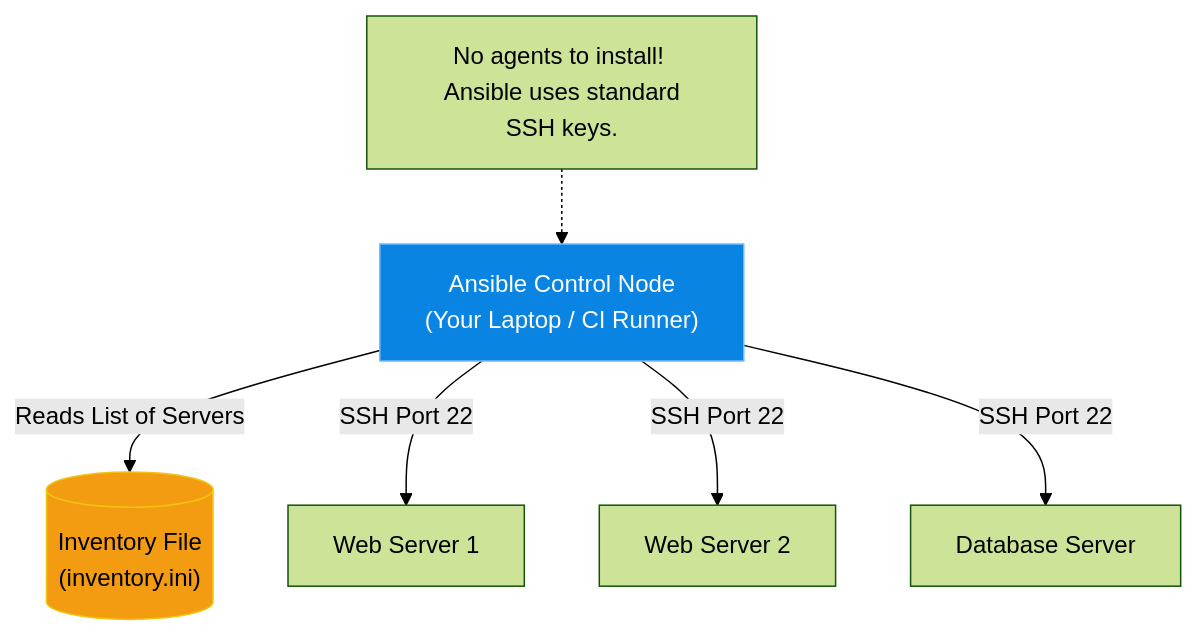
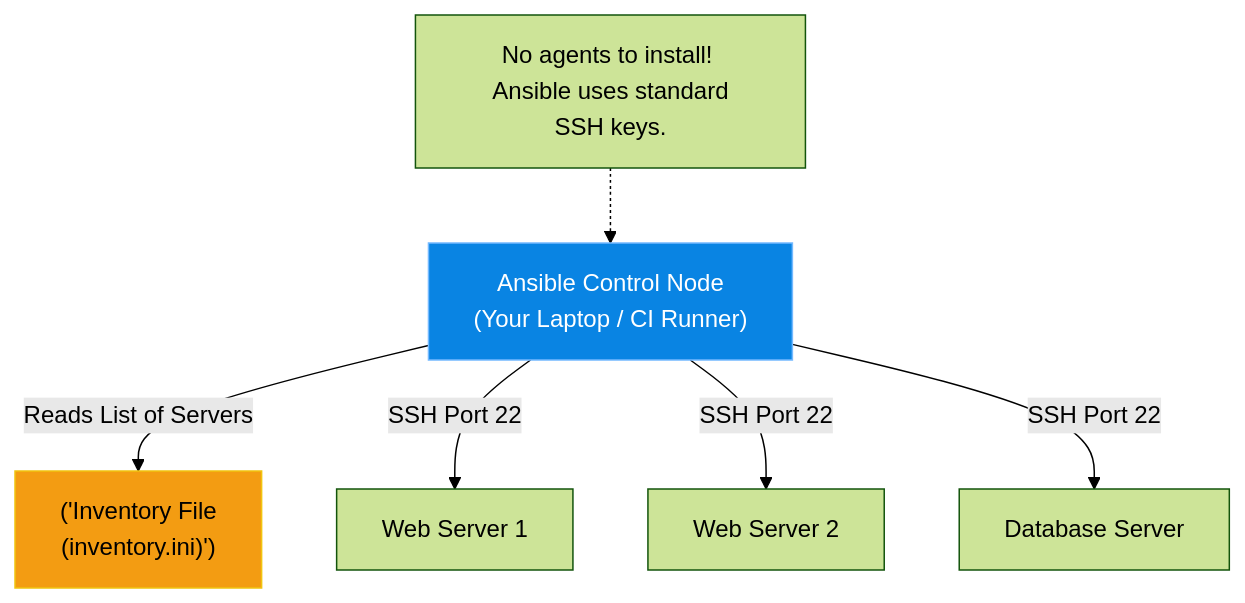
The diagram in volumes/volume-04-enterprise-infrastructure/chapters/V4-C08-ansible-intro.md (laxya911/linux-support-engineer-master-handbook), drawn with Mermaid (forest theme) before and after one commit. The commit also changed other lines of this file and 101 other files, not shown here.

Commit message:
Fix mermaid syntax across all chapters

````diff
--- a/volumes/volume-04-enterprise-infrastructure/chapters/V4-C08-ansible-intro.md
+++ b/volumes/volume-04-enterprise-infrastructure/chapters/V4-C08-ansible-intro.md
@@ -42,13 +42,13 @@
 ```mermaid
 flowchart TD
-    A["Ansible Control Node \n (Your Laptop / CI Runner)"] -->|Reads List of Servers| B[("Inventory File \n (inventory.ini)")]
+    A["Ansible Control Node \n (Your Laptop / CI Runner)"] -->|"Reads List of Servers"| B["('Inventory File \n (inventory.ini)')"]
     
-    A -->|SSH Port 22| C[Web Server 1]
-    A -->|SSH Port 22| D[Web Server 2]
-    A -->|SSH Port 22| E[Database Server]
+    A -->|"SSH Port 22"| C["Web Server 1"]
+    A -->|"SSH Port 22"| D["Web Server 2"]
+    A -->|"SSH Port 22"| E["Database Server"]
     
     note1["No agents to install! \n Ansible uses standard SSH keys."] -.-> A
     
     style A fill:#0984e3,stroke:#74b9ff,color:#fff
     style B fill:#f39c12,stroke:#f1c40f,color:#000
 ```
````
